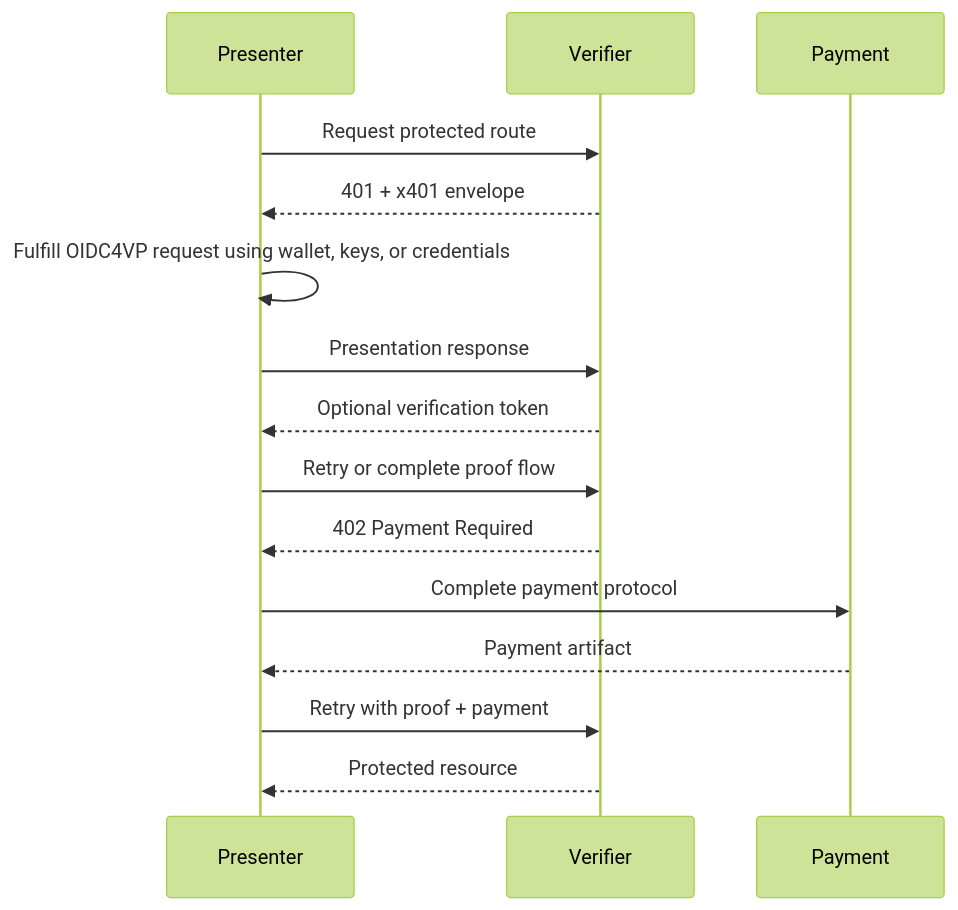
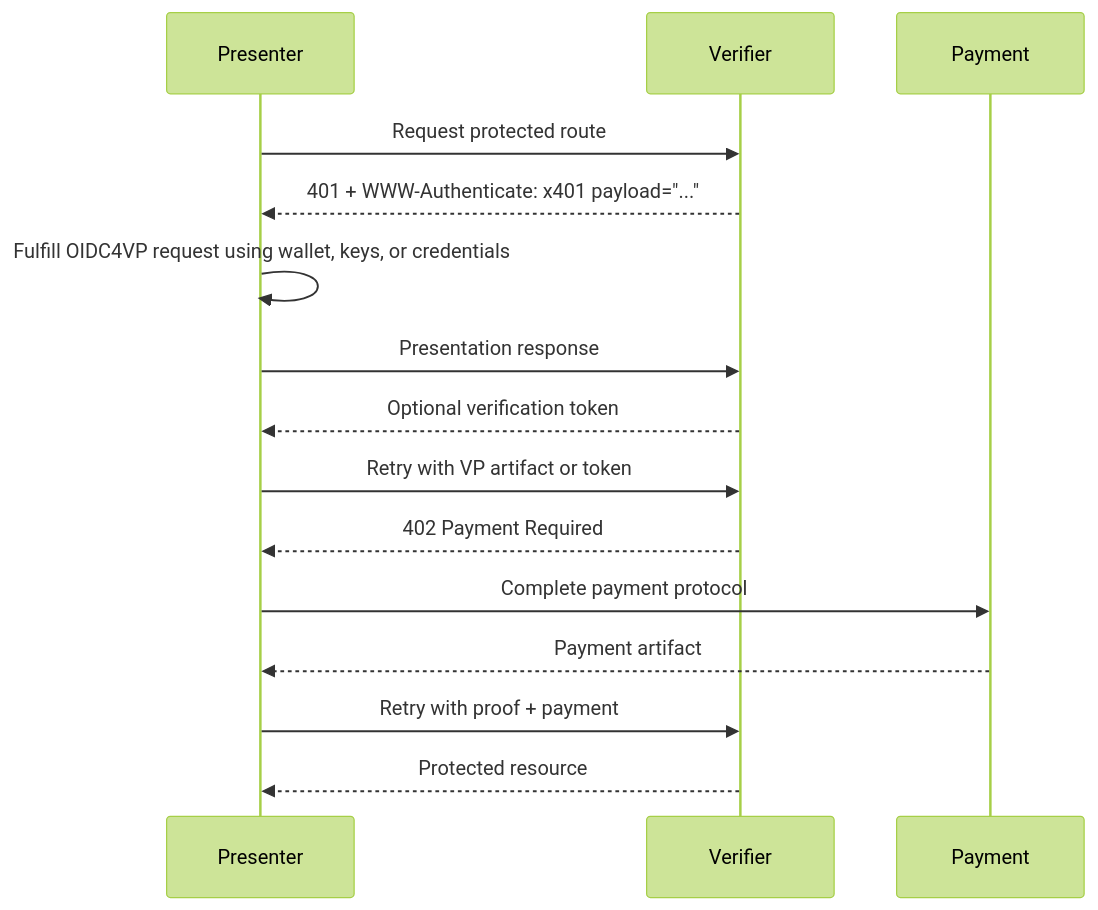
One commit to csuwildcat/P401 changed the second of 2 diagrams in spec.md. Above: the diagram before and after it, drawn with Mermaid (forest theme). The commit also changed other lines of this file and 4 other files, not shown here.

````diff
--- a/spec.md
+++ b/spec.md
@@ -188,17 +210,17 @@
 ```mermaid
 sequenceDiagram
     participant Presenter
     participant Verifier
     participant Payment
     Presenter->>Verifier: Request protected route
-    Verifier-->>Presenter: 401 + x401 envelope
+    Verifier-->>Presenter: 401 + WWW-Authenticate: x401 payload="..."
     Presenter->>Presenter: Fulfill OIDC4VP request using wallet, keys, or credentials
     Presenter->>Verifier: Presentation response
     Verifier-->>Presenter: Optional verification token
-    Presenter->>Verifier: Retry or complete proof flow
+    Presenter->>Verifier: Retry with VP artifact or token
     Verifier-->>Presenter: 402 Payment Required
     Presenter->>Payment: Complete payment protocol
     Payment-->>Presenter: Payment artifact
     Presenter->>Verifier: Retry with proof + payment
     Verifier-->>Presenter: Protected resource
 ```
````
